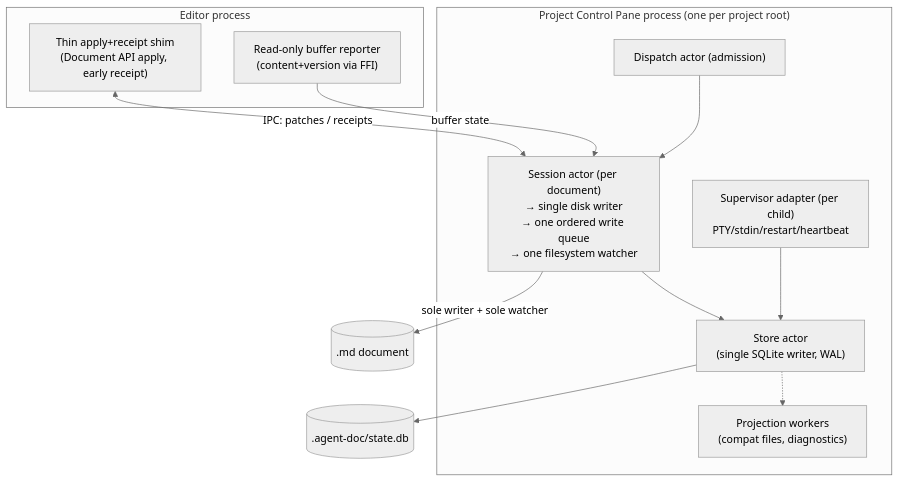
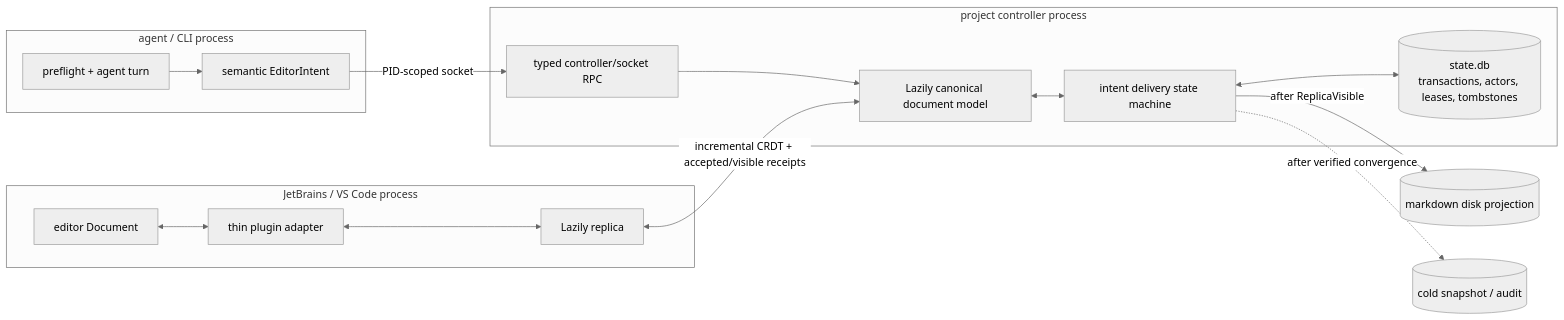
Before and after one commit to btakita/agent-doc: the diagram in specs/process-topology.md, drawn with Mermaid (neutral theme). The commit also changed other lines of this file and 410 other files, not shown here.

Commit message:
refactor: make Lazily the sole live document authority

````diff
--- a/specs/process-topology.md
+++ b/specs/process-topology.md
@@ -85,27 +5,34 @@
 ```mermaid
-flowchart TB
-    subgraph EditorProc["Editor process"]
-        SHIM["Thin apply+receipt shim\n(Document API apply, early receipt)"]
-        REPORT["Read-only buffer reporter\n(content+version via FFI)"]
-    end
+flowchart LR
+  subgraph IDE["JetBrains / VS Code process"]
+    DOC["editor Document"]
+    PLUG["thin plugin adapter"]
+    REP["Lazily replica"]
+    DOC <--> PLUG
+    PLUG <--> REP
+  end
 
-    subgraph PCP["Project Control Pane process (one per project root)"]
-        DISPATCH["Dispatch actor (admission)"]
-        STORE["Store actor\n(single SQLite writer, WAL)"]
-        SESS["Session actor (per document)\n→ single disk writer\n→ one ordered write queue\n→ one filesystem watcher"]
-        SUPAD["Supervisor adapter (per child)\nPTY/stdin/restart/heartbeat"]
-        PROJ["Projection workers\n(compat files, diagnostics)"]
-    end
+  subgraph Controller["project controller process"]
+    RPC["typed controller/socket RPC"]
+    MODEL["Lazily canonical document model"]
+    SM["intent delivery state machine"]
+    DB[("state.db\ntransactions, actors, leases, tombstones")]
+    RPC --> MODEL
+    MODEL <--> SM
+    SM <--> DB
+  end
 
-    DOC[(".md document")]
-    DB[("`.agent-doc/state.db`")]
+  subgraph Agent["agent / CLI process"]
+    TURN["preflight + agent turn"]
+    INTENT["semantic EditorIntent"]
+    TURN --> INTENT
+  end
 
-    SHIM <-->|IPC: patches / receipts| SESS
-    REPORT -->|buffer state| SESS
-    SESS -->|sole writer + sole watcher| DOC
-    SESS --> STORE
-    SUPAD --> STORE
-    STORE --> DB
-    DISPATCH --> SESS
-    STORE -.-> PROJ
+  DISK[("markdown disk projection")]
+  SNAP[("cold snapshot / audit")]
+
+  REP <-->|incremental CRDT + accepted/visible receipts| MODEL
+  INTENT -->|PID-scoped socket| RPC
+  SM -->|after ReplicaVisible| DISK
+  SM -.->|after verified convergence| SNAP
 ```
````
